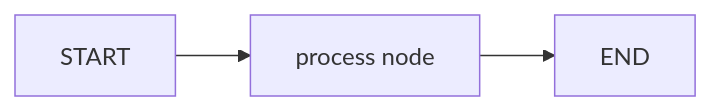
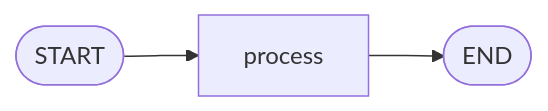
One commit to Walid-Ahmed/langgraph-tutorials changed the diagram in 1-Langgraph basics/README.md. Above: the diagram before and after it, drawn with Mermaid. The commit also changed other lines of this file and 3 other files, not shown here.

Commit message:
Add graph plots to folder READMEs

````diff
--- a/1-Langgraph basics/README.md
+++ b/1-Langgraph basics/README.md
@@ -21,5 +21,5 @@
 ```mermaid
 flowchart LR
-    START --> PROCESS["process node"]
-    PROCESS --> END
+    START([START]) --> PROCESS["process"]
+    PROCESS --> END([END])
 ```
````
